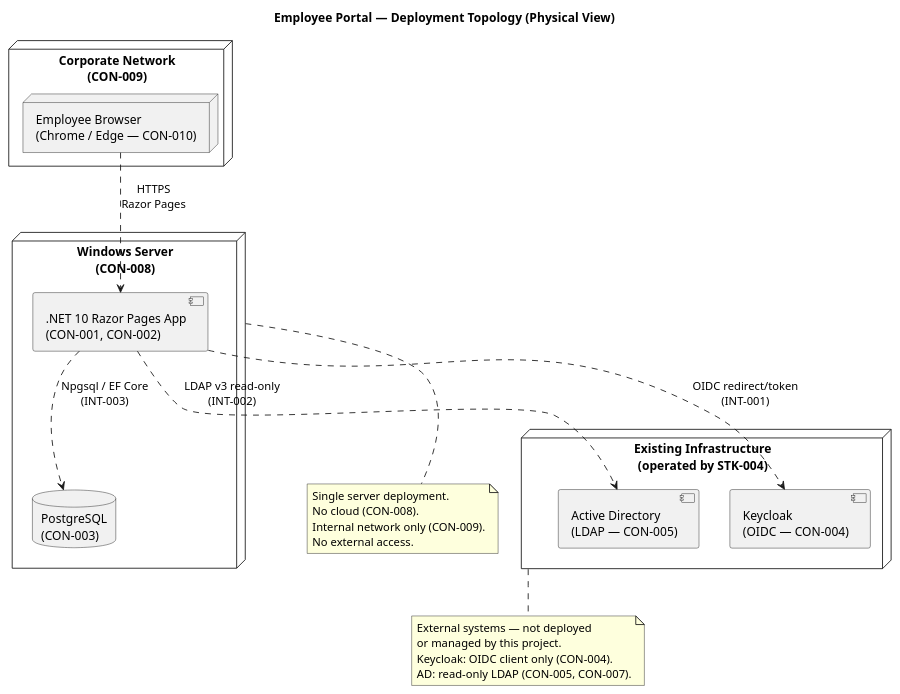
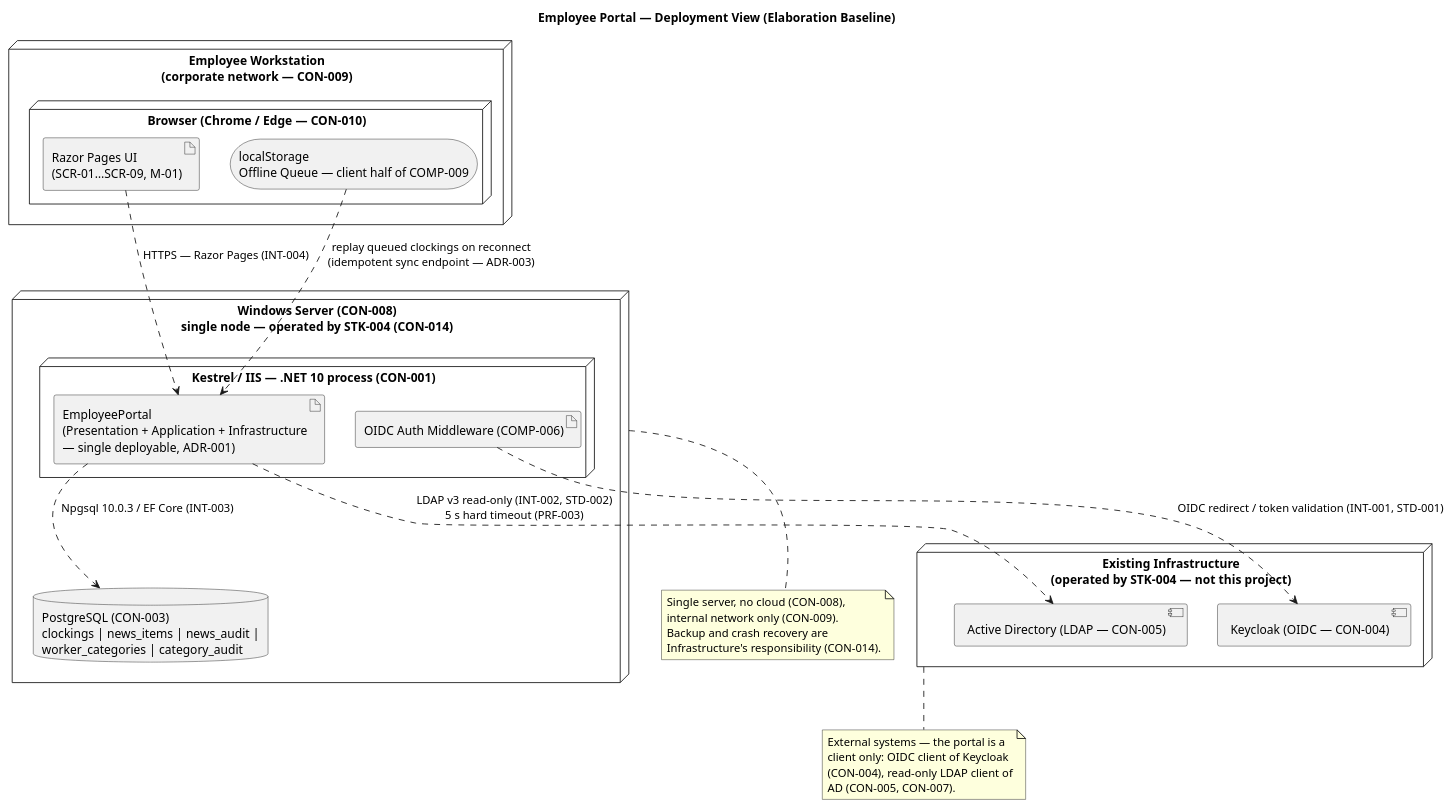
The sixth of 7 diagrams in docs/artifacts/analysis---design/software-architecture-document.md (banense-test/employee-portal), drawn with PlantUML before and after one commit. The commit also changed other lines of this file, not shown here.

Commit message:
Software Architect [E1]: upsert Software Architecture Document
[skip ci]

````diff
--- a/docs/artifacts/analysis---design/software-architecture-document.md
+++ b/docs/artifacts/analysis---design/software-architecture-document.md
@@ -433,41 +432,47 @@
 ```plantuml
 @startuml
 skinparam nodeStyle rectangle
 skinparam fontSize 11
-title Employee Portal — Deployment Topology (Physical View)
+title Employee Portal — Deployment View (Elaboration Baseline)
 
-node "Windows Server\n(CON-008)" as WINSRV {
-  component ".NET 10 Razor Pages App\n(CON-001, CON-002)" as APP
-  database "PostgreSQL\n(CON-003)" as PG
+node "Employee Workstation\n(corporate network — CON-009)" as WS {
+  node "Browser (Chrome / Edge — CON-010)" as BROWSER {
+    artifact "Razor Pages UI\n(SCR-01…SCR-09, M-01)" as UI
+    storage "localStorage\nOffline Queue — client half of COMP-009" as LSQ
+  }
 }
 
-node "Corporate Network\n(CON-009)" as CORPNET {
-  node "Employee Browser\n(Chrome / Edge — CON-010)" as BROWSER
+node "Windows Server (CON-008)\nsingle node — operated by STK-004 (CON-014)" as WINSRV {
+  node "Kestrel / IIS — .NET 10 process (CON-001)" as APPPROC {
+    artifact "EmployeePortal\n(Presentation + Application + Infrastructure\n— single deployable, ADR-001)" as APP
+    artifact "OIDC Auth Middleware (COMP-006)" as MW
+  }
+  database "PostgreSQL (CON-003)\nclockings | news_items | news_audit |\nworker_categories | category_audit" as PG
 }
 
-node "Existing Infrastructure\n(operated by STK-004)" as EXISTING {
-  component "Keycloak\n(OIDC — CON-004)" as KC
-  component "Active Directory\n(LDAP — CON-005)" as AD
+node "Existing Infrastructure\n(operated by STK-004 — not this project)" as EXISTING {
+  component "Keycloak (OIDC — CON-004)" as KC
+  component "Active Directory (LDAP — CON-005)" as AD
 }
 
-BROWSER ..> APP : HTTPS\nRazor Pages
-APP ..> KC : OIDC redirect/token\n(INT-001)
-APP ..> AD : LDAP v3 read-only\n(INT-002)
-APP ..> PG : Npgsql / EF Core\n(INT-003)
+UI ..> APP : HTTPS — Razor Pages (INT-004)
+LSQ ..> APP : replay queued clockings on reconnect\n(idempotent sync endpoint — ADR-003)
+MW ..> KC : OIDC redirect / token validation (INT-001, STD-001)
+APP ..> AD : LDAP v3 read-only (INT-002, STD-002)\n5 s hard timeout (PRF-003)
+APP ..> PG : Npgsql 10.0.3 / EF Core (INT-003)
 
 note bottom of WINSRV
-  Single server deployment.
-  No cloud (CON-008).
-  Internal network only (CON-009).
-  No external access.
+  Single server, no cloud (CON-008),
+  internal network only (CON-009).
+  Backup and crash recovery are
+  Infrastructure's responsibility (CON-014).
 end note
 
 note bottom of EXISTING
-  External systems — not deployed
-  or managed by this project.
-  Keycloak: OIDC client only (CON-004).
-  AD: read-only LDAP (CON-005, CON-007).
+  External systems — the portal is a
+  client only: OIDC client of Keycloak
+  (CON-004), read-only LDAP client of
+  AD (CON-005, CON-007).
 end note
-
 @enduml
 ```
````
